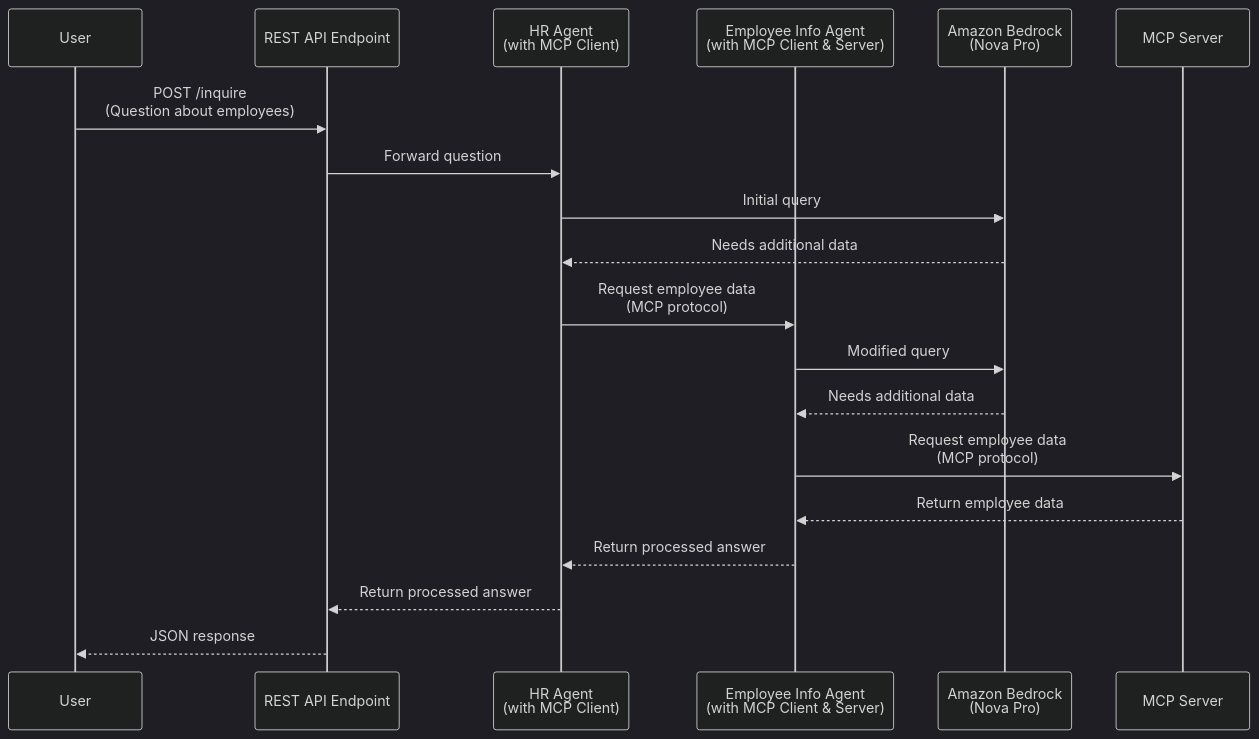
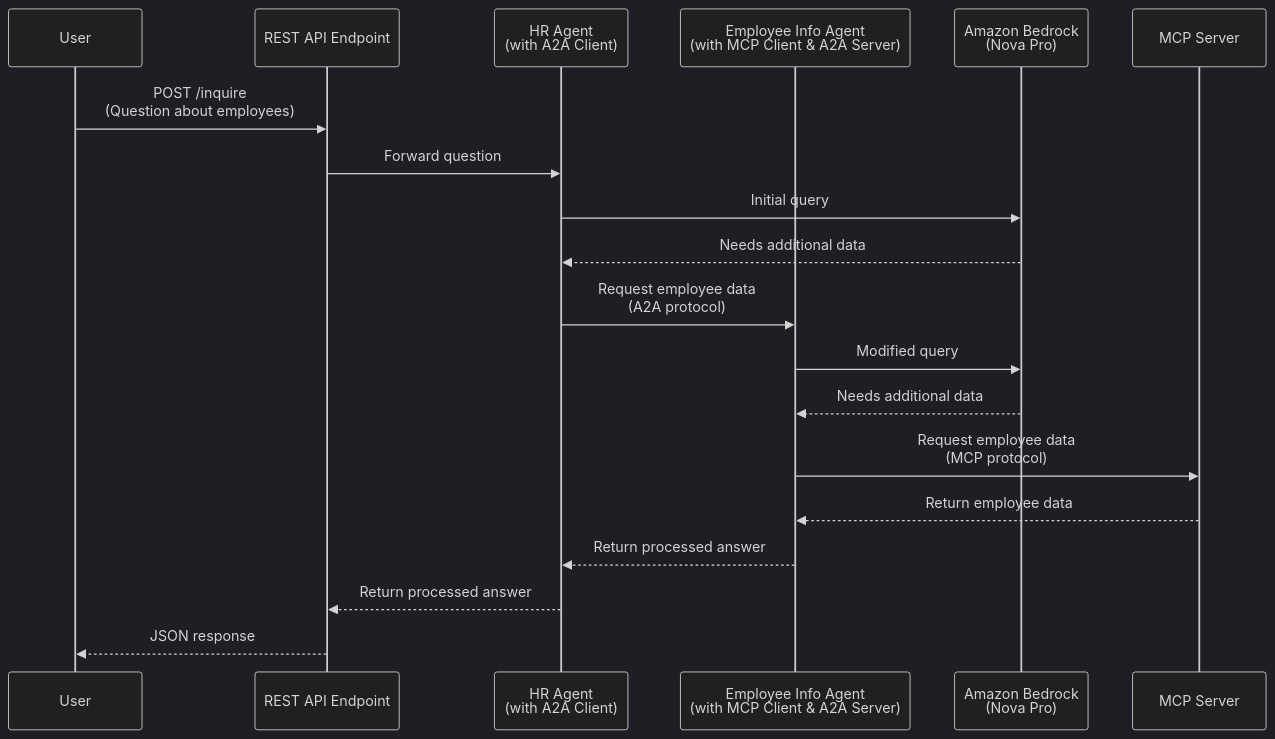
The diagram in modules/strands-a2a-inter-agent/README.md (jamesward/Sample-Model-Context-Protocol-Demos), drawn with Mermaid (dark theme) before and after one commit.

Commit message:
update diagram

````diff
--- a/modules/strands-a2a-inter-agent/README.md
+++ b/modules/strands-a2a-inter-agent/README.md
@@ -4,25 +4,25 @@
 ```mermaid
 sequenceDiagram
     participant User
     participant REST as REST API Endpoint
-    participant Agent1 as HR Agent<br/>(with MCP Client)
-    participant Agent2 as Employee Info Agent<br/>(with MCP Client & Server)
+    participant Agent1 as HR Agent<br/>(with A2A Client)
+    participant Agent2 as Employee Info Agent<br/>(with MCP Client & A2A Server)
     participant Bedrock as Amazon Bedrock<br/>(Nova Pro)
     participant MCP_Server as MCP Server
 
     User->>REST: POST /inquire<br/>(Question about employees)
     REST->>Agent1: Forward question
 
     Agent1->>Bedrock: Initial query
     Bedrock-->>Agent1: Needs additional data
 
-    Agent1->>Agent2: Request employee data<br/>(MCP protocol)
+    Agent1->>Agent2: Request employee data<br/>(A2A protocol)
     Agent2->>Bedrock: Modified query
     Bedrock-->>Agent2: Needs additional data
     Agent2->>MCP_Server: Request employee data<br/>(MCP protocol)
     MCP_Server-->>Agent2: Return employee data
     Agent2-->>Agent1: Return processed answer
 
     Agent1-->>REST: Return processed answer
     REST-->>User: JSON response
 ```
````
